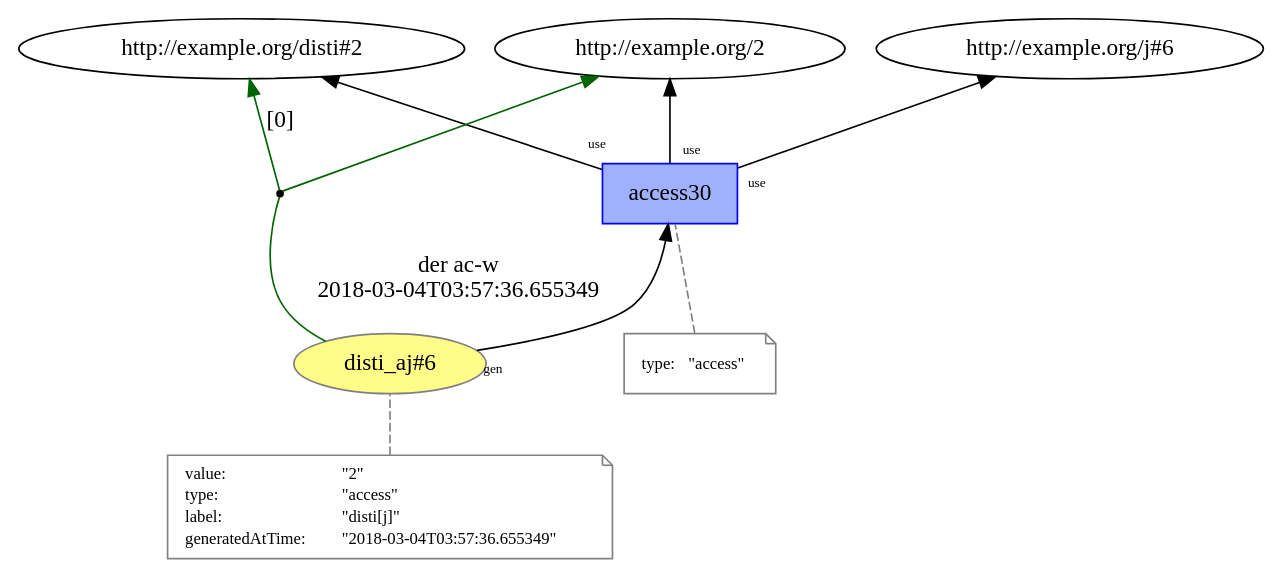
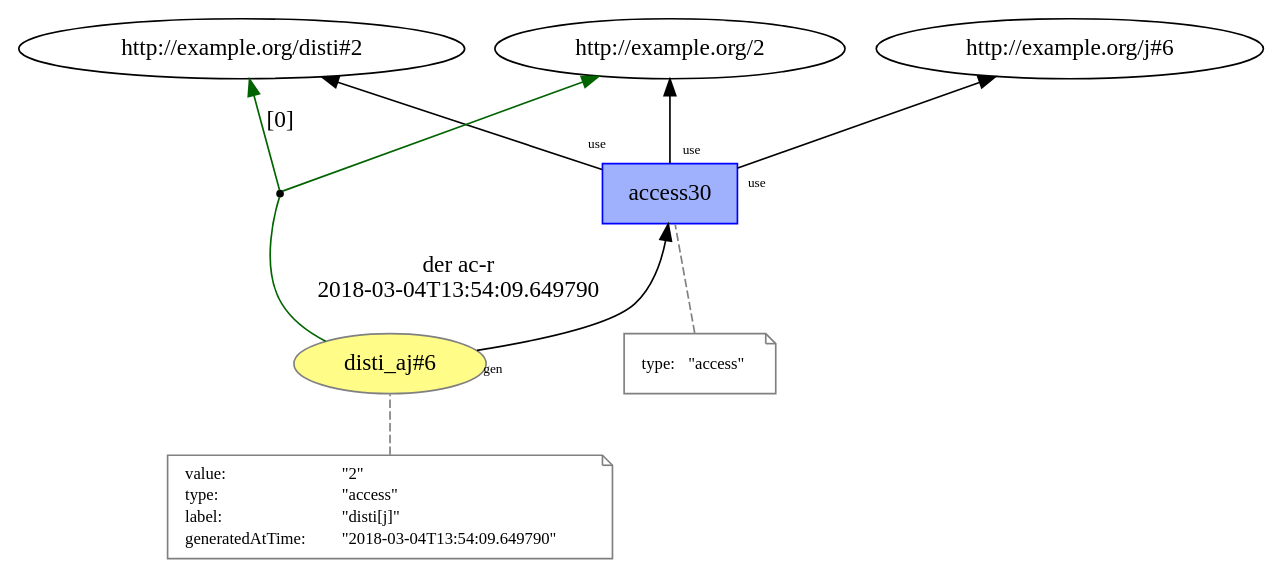
Before and after one commit to dew-uff/versioned-prov: the diagram in versioned_prov/temp/L15__access_6.dot, drawn with Graphviz. The commit also changed 714 other files, not shown here.

```diff
--- a/versioned_prov/temp/L15__access_6.dot
+++ b/versioned_prov/temp/L15__access_6.dot
@@ -1,39 +1,39 @@
 digraph "PROV" { size="16,12"; rankdir="BT";
 "http://example.org/disti_aj#6" [fillcolor="#FFFC87",color="#808080",style="filled",label="disti_aj#6",URL="http://example.org/disti_aj#6"]
 "-attrs0" [color="gray",shape="note",fontsize="10",fontcolor="black",label=<<TABLE cellpadding="0" border="0">
 	<TR>
 	    <TD align="left">value:</TD>
 	    <TD align="left">&quot;2&quot;</TD>
 	</TR>
 	<TR>
 	    <TD align="left">type:</TD>
 	    <TD align="left">&quot;access&quot;</TD>
 	</TR>
 	<TR>
 	    <TD align="left">label:</TD>
 	    <TD align="left">&quot;disti[j]&quot;</TD>
 	</TR>
 	<TR>
 	    <TD align="left">generatedAtTime:</TD>
-	    <TD align="left">&quot;2018-03-04T03:57:36.655349&quot;</TD>
+	    <TD align="left">&quot;2018-03-04T13:54:09.649790&quot;</TD>
 	</TR>
 </TABLE>>]
 "-attrs0" -> "http://example.org/disti_aj#6" [color="gray",style="dashed",arrowhead="none"]
 "http://example.org/access30" [fillcolor="#9FB1FC",color="#0000FF",shape="polygon",sides="4",style="filled",label="access30",URL="http://example.org/access30"]
 "-attrs1" [color="gray",shape="note",fontsize="10",fontcolor="black",label=<<TABLE cellpadding="0" border="0">
 	<TR>
 	    <TD align="left">type:</TD>
 	    <TD align="left">&quot;access&quot;</TD>
 	</TR>
 </TABLE>>]
 "-attrs1" -> "http://example.org/access30" [color="gray",style="dashed",arrowhead="none"]
 "http://example.org/access30" -> "http://example.org/2" [labelfontsize="8",labeldistance="1.5",labelangle="60.0",rotation="20",taillabel="use"]
 "bn0" [shape="point",label=""]
-"http://example.org/disti_aj#6" -> "bn0" [arrowhead="none",color="darkgreen",label="der ac-w
-2018-03-04T03:57:36.655349"]
+"http://example.org/disti_aj#6" -> "bn0" [arrowhead="none",color="darkgreen",label="der ac-r
+2018-03-04T13:54:09.649790"]
 "bn0" -> "http://example.org/disti#2" [labelfontsize="8",labeldistance="1.5",color="darkgreen",labelangle="60.0",rotation="20",label="[0]"]
 "bn0" -> "http://example.org/2" [color="darkgreen"]
 "http://example.org/disti_aj#6" -> "http://example.org/access30" [labelfontsize="8",labeldistance="1.5",labelangle="60.0",rotation="20",taillabel="gen"]
 "http://example.org/access30" -> "http://example.org/disti#2" [labelfontsize="8",labeldistance="1.5",labelangle="60.0",rotation="20",taillabel="use"]
 "http://example.org/access30" -> "http://example.org/j#6" [labelfontsize="8",labeldistance="1.5",labelangle="60.0",rotation="20",taillabel="use"]
 }
```
